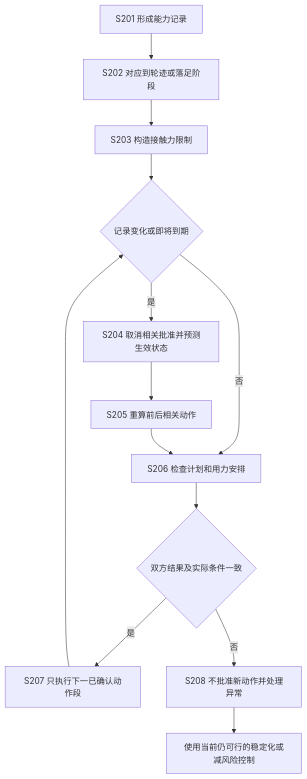
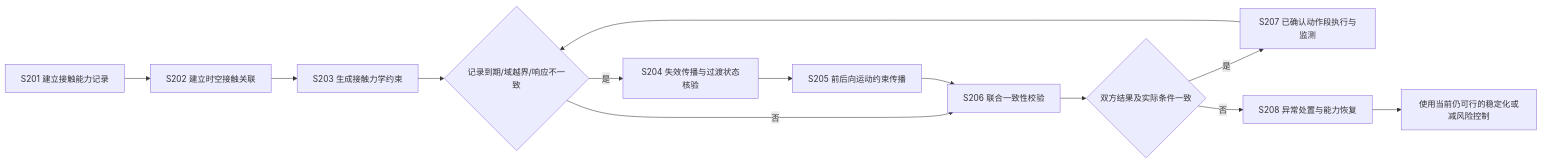
One commit to fenwickxie/research-ip-docs changed the second of 2 diagrams in patent/导航规划控制/02_patent_b_disclosure_template_rewrite_20261019.md. Above: the diagram before and after it, drawn with Mermaid. The commit also changed other lines of this file and 15 other files, not shown here.

````diff
--- a/patent/导航规划控制/02_patent_b_disclosure_template_rewrite_20261019.md
+++ b/patent/导航规划控制/02_patent_b_disclosure_template_rewrite_20261019.md
@@ -139,15 +109,15 @@
 ```mermaid
-flowchart TD
-    S201["S201 形成能力记录"] --> S202["S202 对应到轮迹或落足阶段"]
-    S202 --> S203["S203 构造接触力限制"]
-    S203 --> Event{"记录变化或即将到期"}
-    Event -- 是 --> S204["S204 取消相关批准并预测生效状态"]
-    Event -- 否 --> S206["S206 检查计划和用力安排"]
-    S204 --> S205["S205 重算前后相关动作"]
+flowchart LR
+    S201["S201 建立接触能力记录"] --> S202["S202 建立时空接触关联"]
+    S202 --> S203["S203 生成接触力学约束"]
+    S203 --> Event{"记录到期/域越界/响应不一致"}
+    Event -- 是 --> S204["S204 失效传播与过渡状态核验"]
+    Event -- 否 --> S206["S206 联合一致性校验"]
+    S204 --> S205["S205 前后向运动约束传播"]
     S205 --> S206
     S206 --> Match{"双方结果及实际条件一致"}
-    Match -- 是 --> S207["S207 只执行下一已确认动作段"]
-    Match -- 否 --> S208["S208 不批准新动作并处理异常"]
+    Match -- 是 --> S207["S207 已确认动作段执行与监测"]
+    Match -- 否 --> S208["S208 异常处置与能力恢复"]
     S207 --> Event
     S208 --> Stable["使用当前仍可行的稳定化或减风险控制"]
 ```
````
